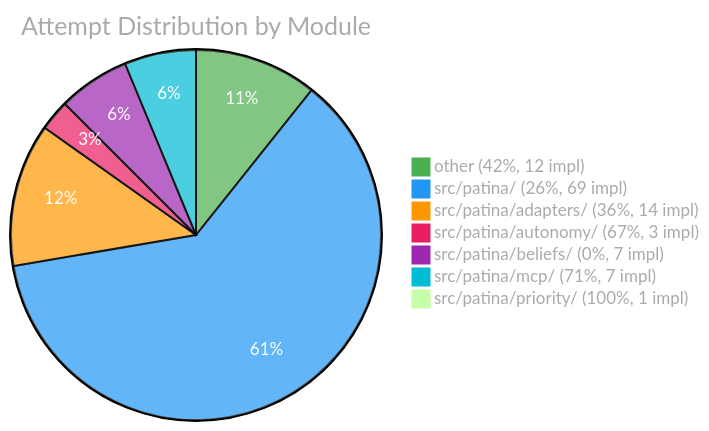
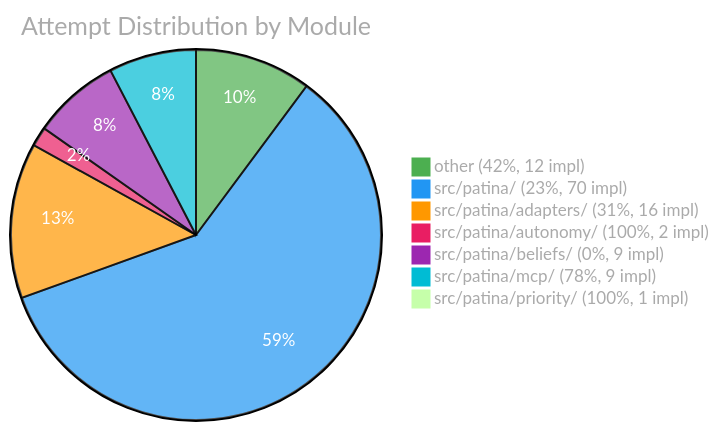
Before and after one commit to Bhavy-Ranka/patina: the third of 3 diagrams in EVAL.md, drawn with Mermaid. The commit also changed other lines of this file and 1 other file, not shown here.

````diff
--- a/EVAL.md
+++ b/EVAL.md
@@ -86,11 +92,11 @@
 ```mermaid
 %%{init: {'theme': 'base', 'themeVariables': {'pie1': '#4CAF50', 'pie2': '#2196F3', 'pie3': '#FF9800', 'pie4': '#E91E63', 'pie5': '#9C27B0', 'pie6': '#00BCD4', 'pieTitleTextColor': '#aaa', 'pieLegendTextColor': '#aaa', 'pieSectionTextColor': '#fff'}}}%%
 pie title Attempt Distribution by Module
     "other (42%, 12 impl)" : 12
-    "src/patina/ (26%, 69 impl)" : 69
-    "src/patina/adapters/ (36%, 14 impl)" : 14
-    "src/patina/autonomy/ (67%, 3 impl)" : 3
-    "src/patina/beliefs/ (0%, 7 impl)" : 7
-    "src/patina/mcp/ (71%, 7 impl)" : 7
+    "src/patina/ (23%, 70 impl)" : 70
+    "src/patina/adapters/ (31%, 16 impl)" : 16
+    "src/patina/autonomy/ (100%, 2 impl)" : 2
+    "src/patina/beliefs/ (0%, 9 impl)" : 9
+    "src/patina/mcp/ (78%, 9 impl)" : 9
     "src/patina/priority/ (100%, 1 impl)" : 1
 ```
````
